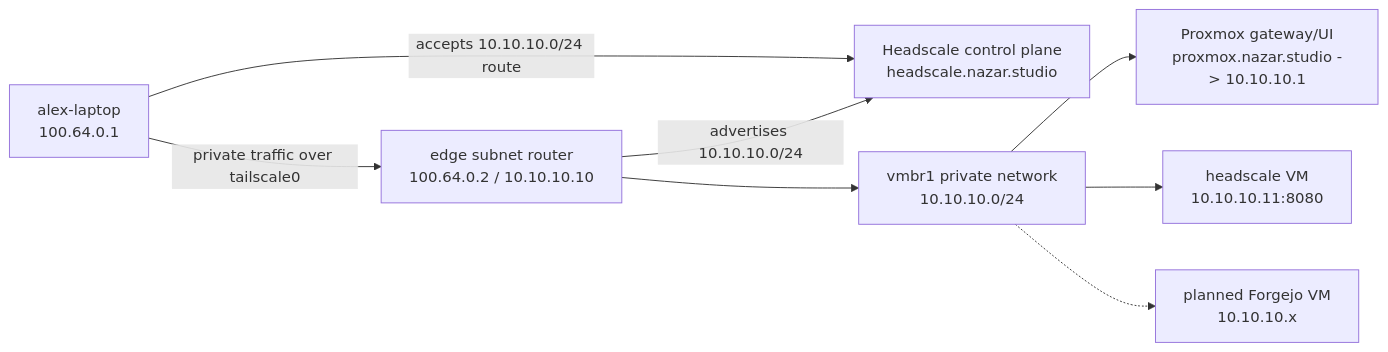
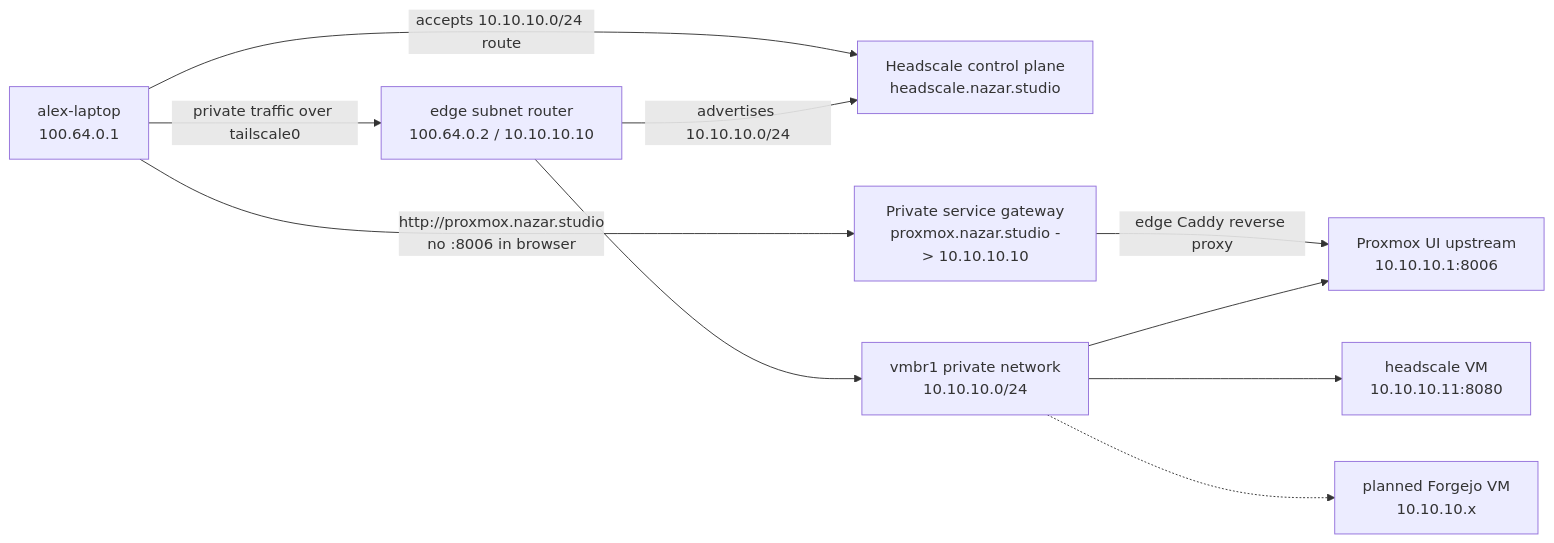
The third of 4 diagrams in ARCHITECTURE.md (piBloom/pi-bloom), drawn with Mermaid before and after one commit. The commit also changed other lines of this file and 3 other files, not shown here.

Commit message:
feat(infra): add tailnet proxmox gateway

````diff
--- a/ARCHITECTURE.md
+++ b/ARCHITECTURE.md
@@ -82,18 +84,21 @@
 ```mermaid
 flowchart LR
   laptop["alex-laptop\n100.64.0.1"]
   hsControl["Headscale control plane\nheadscale.nazar.studio"]
   edgeTs["edge subnet router\n100.64.0.2 / 10.10.10.10"]
   privateNet["vmbr1 private network\n10.10.10.0/24"]
-  proxmox["Proxmox gateway/UI\nproxmox.nazar.studio -> 10.10.10.1"]
+  proxmoxGateway["Private service gateway\nproxmox.nazar.studio -> 10.10.10.10"]
+  proxmox["Proxmox UI upstream\n10.10.10.1:8006"]
   headscaleVm["headscale VM\n10.10.10.11:8080"]
   futureForgejo["planned Forgejo VM\n10.10.10.x"]
 
   laptop -->|"accepts 10.10.10.0/24 route"| hsControl
   edgeTs -->|"advertises 10.10.10.0/24"| hsControl
   laptop -->|"private traffic over tailscale0"| edgeTs
   edgeTs --> privateNet
+  laptop -->|"http://proxmox.nazar.studio\nno :8006 in browser"| proxmoxGateway
+  proxmoxGateway -->|"edge Caddy reverse proxy"| proxmox
   privateNet --> proxmox
   privateNet --> headscaleVm
   privateNet -.-> futureForgejo
 ```
````
